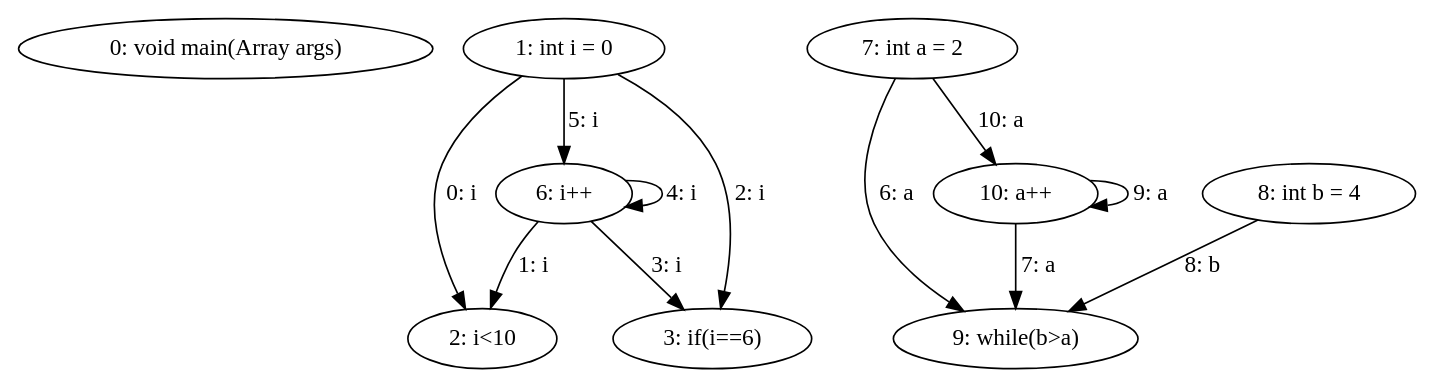
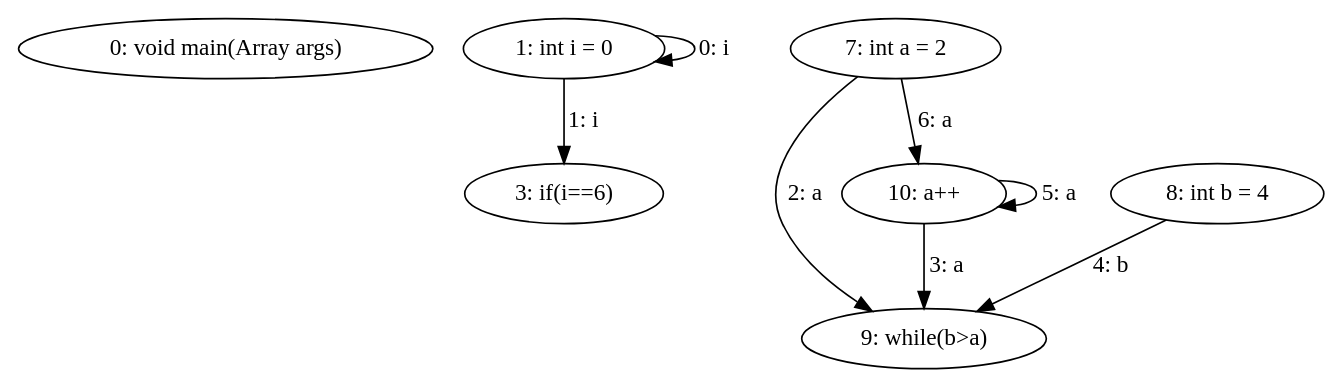
The diagram in export/for_break_example_dfg.dot (DominguesGM/comp_astanalyze), drawn with Graphviz before and after one commit. The commit also changed 7 other files, not shown here.

```diff
--- a/export/for_break_example_dfg.dot
+++ b/export/for_break_example_dfg.dot
@@ -1,22 +1,16 @@
 digraph G {
   1 [ label="0: void main(Array args)" ];
   2 [ label="1: int i = 0" ];
-  3 [ label="2: i<10" ];
-  4 [ label="3: if(i==6)" ];
-  5 [ label="6: i++" ];
-  6 [ label="7: int a = 2" ];
-  7 [ label="8: int b = 4" ];
-  8 [ label="9: while(b>a)" ];
-  9 [ label="10: a++" ];
-  2 -> 3 [ label="0: i" ];
-  5 -> 3 [ label="1: i" ];
-  2 -> 4 [ label="2: i" ];
-  5 -> 4 [ label="3: i" ];
-  5 -> 5 [ label="4: i" ];
-  2 -> 5 [ label="5: i" ];
-  6 -> 8 [ label="6: a" ];
-  9 -> 8 [ label="7: a" ];
-  7 -> 8 [ label="8: b" ];
-  9 -> 9 [ label="9: a" ];
-  6 -> 9 [ label="10: a" ];
+  3 [ label="3: if(i==6)" ];
+  4 [ label="7: int a = 2" ];
+  5 [ label="8: int b = 4" ];
+  6 [ label="9: while(b>a)" ];
+  7 [ label="10: a++" ];
+  2 -> 2 [ label="0: i" ];
+  2 -> 3 [ label="1: i" ];
+  4 -> 6 [ label="2: a" ];
+  7 -> 6 [ label="3: a" ];
+  5 -> 6 [ label="4: b" ];
+  7 -> 7 [ label="5: a" ];
+  4 -> 7 [ label="6: a" ];
 }
```
